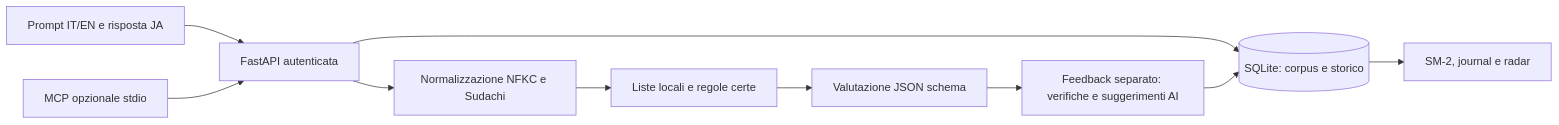
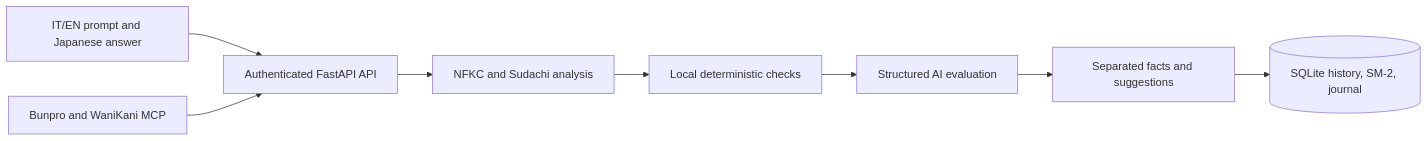
One commit to Alexxanddr/jlpt-bun-dojo changed the diagram in README.md. Above: the diagram before and after it, drawn with Mermaid. The commit also changed other lines of this file and 17 other files, not shown here.

````diff
--- a/README.md
+++ b/README.md
@@ -110,12 +152,10 @@
 ```mermaid
 flowchart LR
-    UI[Prompt IT/EN e risposta JA] --> API[FastAPI autenticata]
-    API --> DB[(SQLite: corpus e storico)]
-    API --> S[Normalizzazione NFKC e Sudachi]
-    S --> D[Liste locali e regole certe]
-    D --> AI[Valutazione JSON schema]
-    AI --> F[Feedback separato: verifiche e suggerimenti AI]
-    F --> DB
-    DB --> R[SM-2, journal e radar]
-    MCP[MCP opzionale stdio] --> API
+    UI[IT/EN prompt and Japanese answer] --> API[Authenticated FastAPI API]
+    API --> TOK[NFKC and Sudachi analysis]
+    TOK --> RULES[Local deterministic checks]
+    RULES --> AI[Structured AI evaluation]
+    AI --> RESULT[Separated facts and suggestions]
+    RESULT --> DB[(SQLite history, SM-2, journal)]
+    MCP[Bunpro and WaniKani MCP] --> API
 ```
````
